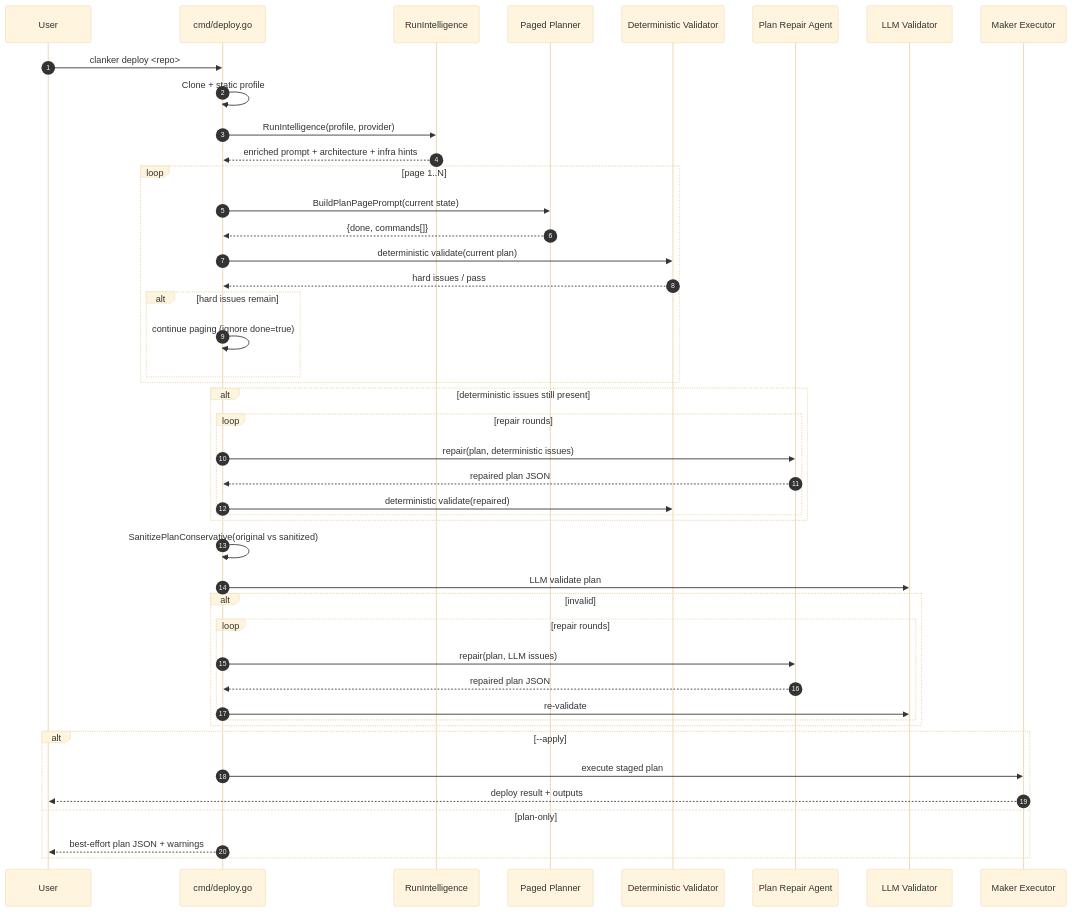
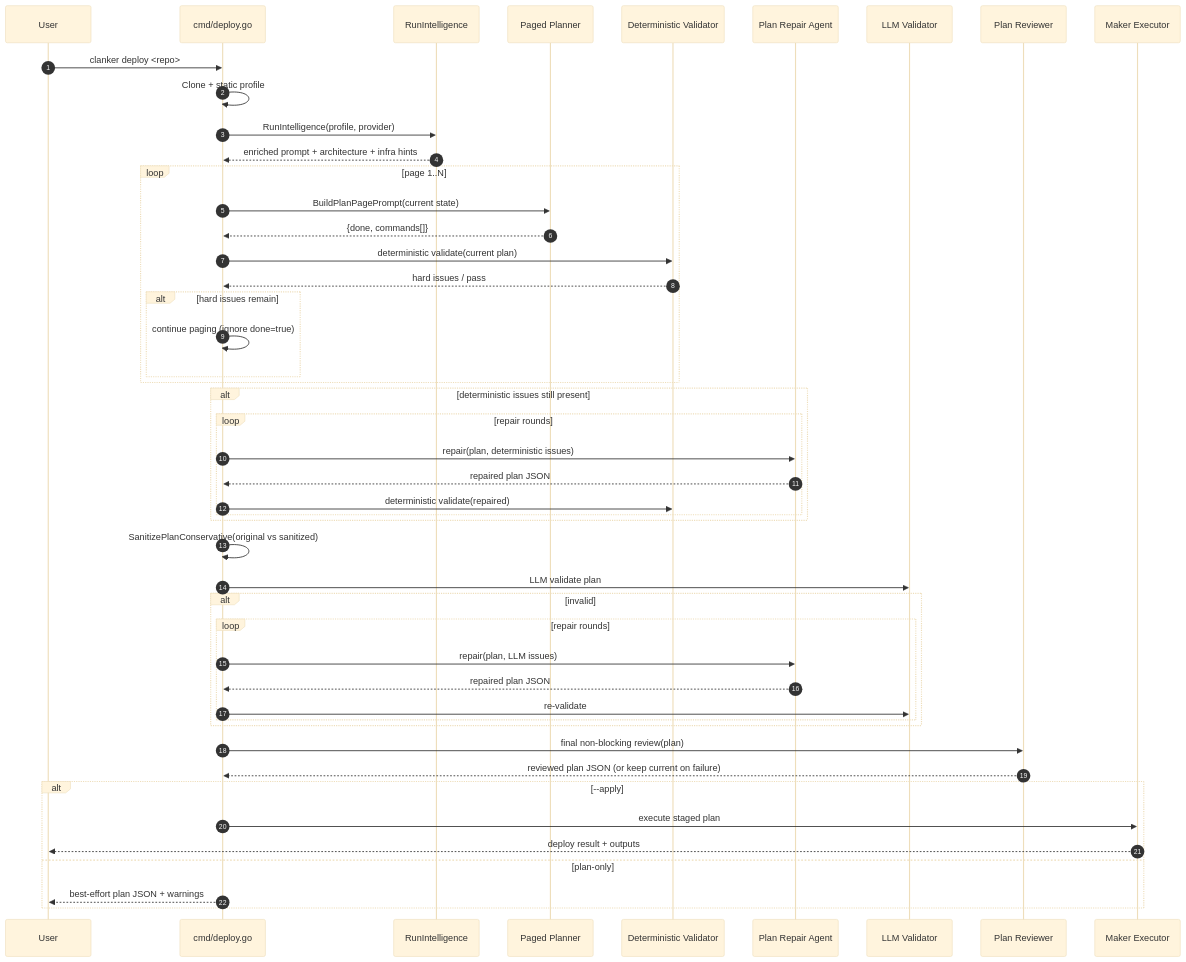
One commit to bgdnvk/clanker changed the diagram in internal/deploy/README.md. Above: the diagram before and after it, drawn with Mermaid (base theme). The commit also changed other lines of this file and 9 other files, not shown here.

Commit message:
feat: deploy plan review agent

````diff
--- a/internal/deploy/README.md
+++ b/internal/deploy/README.md
@@ -59,53 +65,57 @@
 ```mermaid
 sequenceDiagram
     autonumber
     participant U as User
     participant C as cmd/deploy.go
     participant I as RunIntelligence
     participant P as Paged Planner
     participant D as Deterministic Validator
     participant R as Plan Repair Agent
     participant V as LLM Validator
+    participant W as Plan Reviewer
     participant E as Maker Executor
 
     U->>C: clanker deploy <repo>
     C->>C: Clone + static profile
     C->>I: RunIntelligence(profile, provider)
     I-->>C: enriched prompt + architecture + infra hints
 
     loop page 1..N
       C->>P: BuildPlanPagePrompt(current state)
       P-->>C: {done, commands[]}
       C->>D: deterministic validate(current plan)
       D-->>C: hard issues / pass
       alt hard issues remain
         C->>C: continue paging (ignore done=true)
       end
     end
 
     alt deterministic issues still present
       loop repair rounds
         C->>R: repair(plan, deterministic issues)
         R-->>C: repaired plan JSON
         C->>D: deterministic validate(repaired)
       end
     end
 
     C->>C: SanitizePlanConservative(original vs sanitized)
 
     C->>V: LLM validate plan
     alt invalid
       loop repair rounds
         C->>R: repair(plan, LLM issues)
         R-->>C: repaired plan JSON
         C->>V: re-validate
       end
     end
 
+    C->>W: final non-blocking review(plan)
+    W-->>C: reviewed plan JSON (or keep current on failure)
+
     alt --apply
       C->>E: execute staged plan
       E-->>U: deploy result + outputs
     else plan-only
       C-->>U: best-effort plan JSON + warnings
     end
 ```
````
